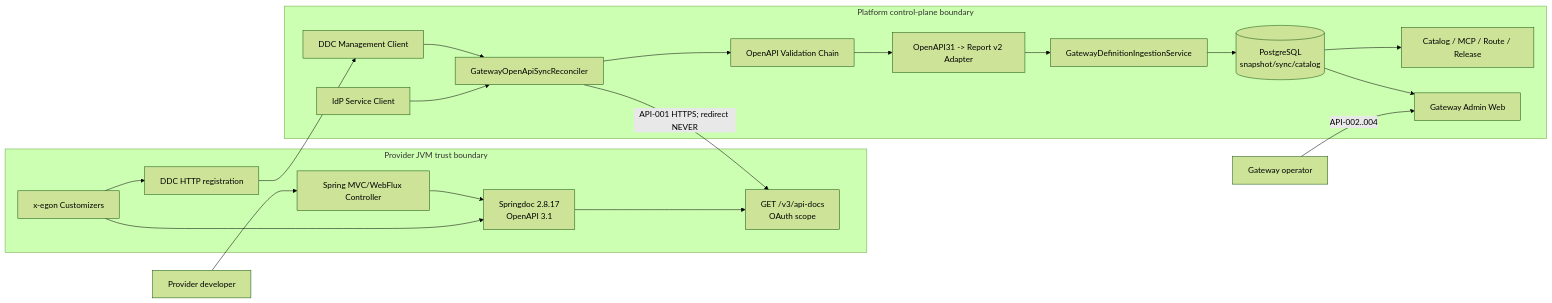
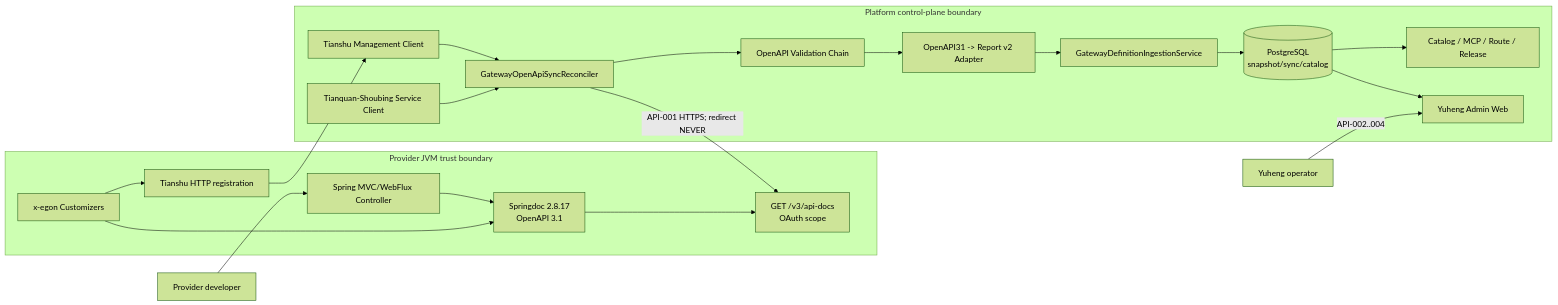
Before and after one commit to AllenDEricDAlexander/Egon-COLA: the second of 5 diagrams in docs/egon/spec/2026-08-25-19-01-gateway-openapi31-source-refactor.md, drawn with Mermaid (forest theme). The commit also changed other lines of this file and 233 other files, not shown here.

````diff
--- a/docs/egon/spec/2026-08-25-19-01-gateway-openapi31-source-refactor.md
+++ b/docs/egon/spec/2026-08-25-19-01-gateway-openapi31-source-refactor.md
@@ -313,39 +313,39 @@
 ```mermaid
 flowchart LR
     Dev["Provider developer"]
-    Operator["Gateway operator"]
+    Operator["Yuheng operator"]
 
     subgraph Provider["Provider JVM trust boundary"]
         Controller["Spring MVC/WebFlux Controller"]
         Springdoc["Springdoc 2.8.17\nOpenAPI 3.1"]
         EgonCustomizer["x-egon Customizers"]
         Docs["GET /v3/api-docs\nOAuth scope"]
-        DdcReg["DDC HTTP registration"]
+        DdcReg["Tianshu HTTP registration"]
         Controller --> Springdoc
         EgonCustomizer --> Springdoc
         Springdoc --> Docs
         EgonCustomizer --> DdcReg
     end
 
     subgraph Platform["Platform control-plane boundary"]
-        DDC["DDC Management Client"]
-        IdP["IdP Service Client"]
+        Tianshu["Tianshu Management Client"]
+        Tianquan-Shoubing["Tianquan-Shoubing Service Client"]
         Sync["GatewayOpenApiSyncReconciler"]
         Validate["OpenAPI Validation Chain"]
         Adapter["OpenAPI31 -> Report v2 Adapter"]
         Ingest["GatewayDefinitionIngestionService"]
         DB[("PostgreSQL\nsnapshot/sync/catalog")]
         Catalog["Catalog / MCP / Route / Release"]
-        Web["Gateway Admin Web"]
-        DDC --> Sync
-        IdP --> Sync
+        Web["Yuheng Admin Web"]
+        Tianshu --> Sync
+        Tianquan-Shoubing --> Sync
         Sync --> Validate --> Adapter --> Ingest --> DB
         DB --> Catalog
         DB --> Web
     end
 
     Dev --> Controller
-    DdcReg --> DDC
+    DdcReg --> Tianshu
     Sync -->|"API-001 HTTPS; redirect NEVER"| Docs
     Operator -->|"API-002..004"| Web
 ```
````
